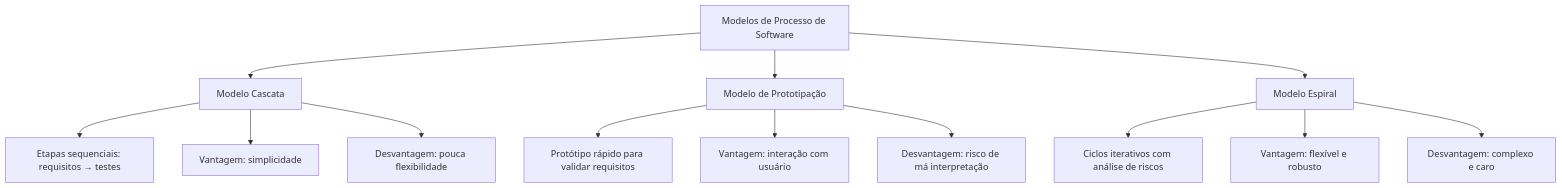
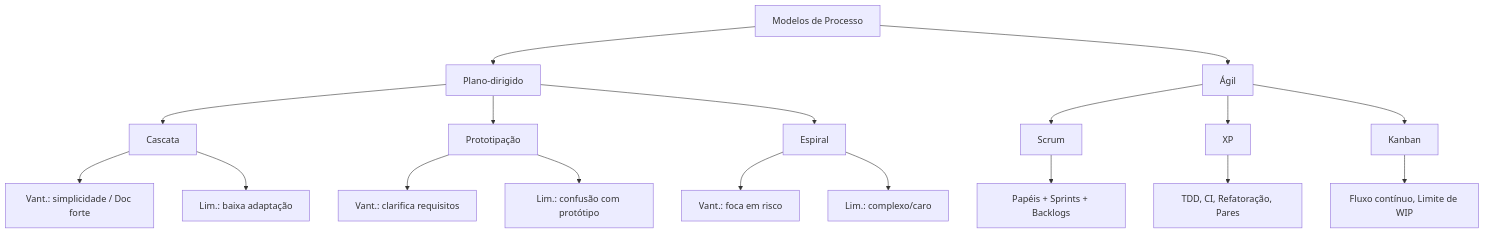
One commit to profAndreSouza/Material changed the diagram in Engenharia de Software/02 Modelos de Processo de Software.md. Above: the diagram before and after it, drawn with Mermaid. The commit also changed other lines of this file, not shown here.

````diff
--- a/Engenharia de Software/02 Modelos de Processo de Software.md
+++ b/Engenharia de Software/02 Modelos de Processo de Software.md
@@ -94,18 +126,24 @@
 ```mermaid
 flowchart TD
-    A[Modelos de Processo de Software] --> B[Modelo Cascata]
-    A --> C[Modelo de Prototipação]
-    A --> D[Modelo Espiral]
+    A[Modelos de Processo] --> B[Plano-dirigido]
+    A --> C[Ágil]
 
-    B --> B1[Etapas sequenciais: requisitos → testes]
-    B --> B2[Vantagem: simplicidade]
-    B --> B3[Desvantagem: pouca flexibilidade]
+    B --> B1[Cascata]
+    B --> B2[Prototipação]
+    B --> B3[Espiral]
 
-    C --> C1[Protótipo rápido para validar requisitos]
-    C --> C2[Vantagem: interação com usuário]
-    C --> C3[Desvantagem: risco de má interpretação]
+    C --> C1[Scrum]
+    C --> C2[XP]
+    C --> C3[Kanban]
 
-    D --> D1[Ciclos iterativos com análise de riscos]
-    D --> D2[Vantagem: flexível e robusto]
-    D --> D3[Desvantagem: complexo e caro]
+    B1 --> D1[Vant.: simplicidade / Doc forte]
+    B1 --> D2[Lim.: baixa adaptação]
+    B2 --> E1[Vant.: clarifica requisitos]
+    B2 --> E2[Lim.: confusão com protótipo]
+    B3 --> F1[Vant.: foca em risco]
+    B3 --> F2[Lim.: complexo/caro]
+
+    C1 --> G1[Papéis + Sprints + Backlogs]
+    C2 --> H1[TDD, CI, Refatoração, Pares]
+    C3 --> I1[Fluxo contínuo, Limite de WIP]
 ```
````
